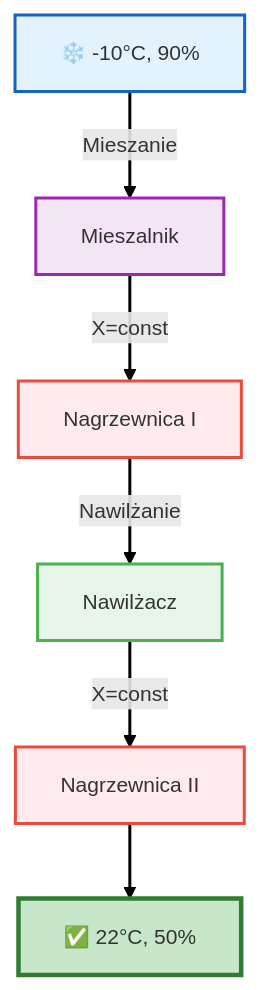
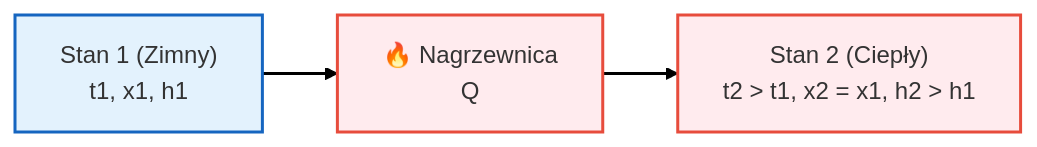
One commit to moondec/Termodynamika changed the second of 3 diagrams in Wyklady/13_Klimatyzacja.qmd. Above: the diagram before and after it, drawn with Mermaid. The commit also changed other lines of this file and 2 other files, not shown here.

Commit message:
W13: podział slajdów 8 i 16, poprawka LaTeX, powiększenie diagramu mermaid

````diff
--- a/Wyklady/13_Klimatyzacja.qmd
+++ b/Wyklady/13_Klimatyzacja.qmd
@@ -324,20 +146,12 @@
 ```{mermaid}
 %%| fig-align: center
-%%| fig-width: 6
+%%| fig-width: 8
+%%| fig-height: 1.5
 
-%%{init: {'theme': 'default', 'flowchart': { 'useMaxWidth': false, 'htmlLabels': true }, 'themeVariables': { 'fontSize': '14px', 'fontFamily': 'sans-serif' }}}%%
-flowchart TD
-    Z["❄️ -10°C, 90%"] -->|"Mieszanie"| MIX["Mieszalnik"]
-    MIX -->|"X=const"| N1["Nagrzewnica I"]
-    N1 -->|"Nawilżanie"| NAW["Nawilżacz"]
-    NAW -->|"X=const"| N2["Nagrzewnica II"]
-    N2 --> CEL["✅ 22°C, 50%"]
-    
-    style Z fill:#e3f2fd,stroke:#1565c0,stroke-width:2px
-    style MIX fill:#f3e5f5,stroke:#9c27b0,stroke-width:2px
-    style N1 fill:#ffebee,stroke:#e74c3c,stroke-width:2px
-    style NAW fill:#e8f5e9,stroke:#4caf50,stroke-width:2px
-    style N2 fill:#ffebee,stroke:#e74c3c,stroke-width:2px
-    style CEL fill:#c8e6c9,stroke:#2e7d32,stroke-width:3px
+flowchart LR
+    A["Stan 1 (Zimny)<br>t1, x1, h1"] --> H["🔥 Nagrzewnica<br>Q"] --> B["Stan 2 (Ciepły)<br>t2 > t1, x2 = x1, h2 > h1"]
+    style A fill:#e3f2fd,stroke:#1565c0,stroke-width:2px
+    style H fill:#ffebee,stroke:#e74c3c,stroke-width:2px
+    style B fill:#ffebee,stroke:#e74c3c,stroke-width:2px
     linkStyle default stroke-width:2px,fill:none,stroke:black
 ```
````
